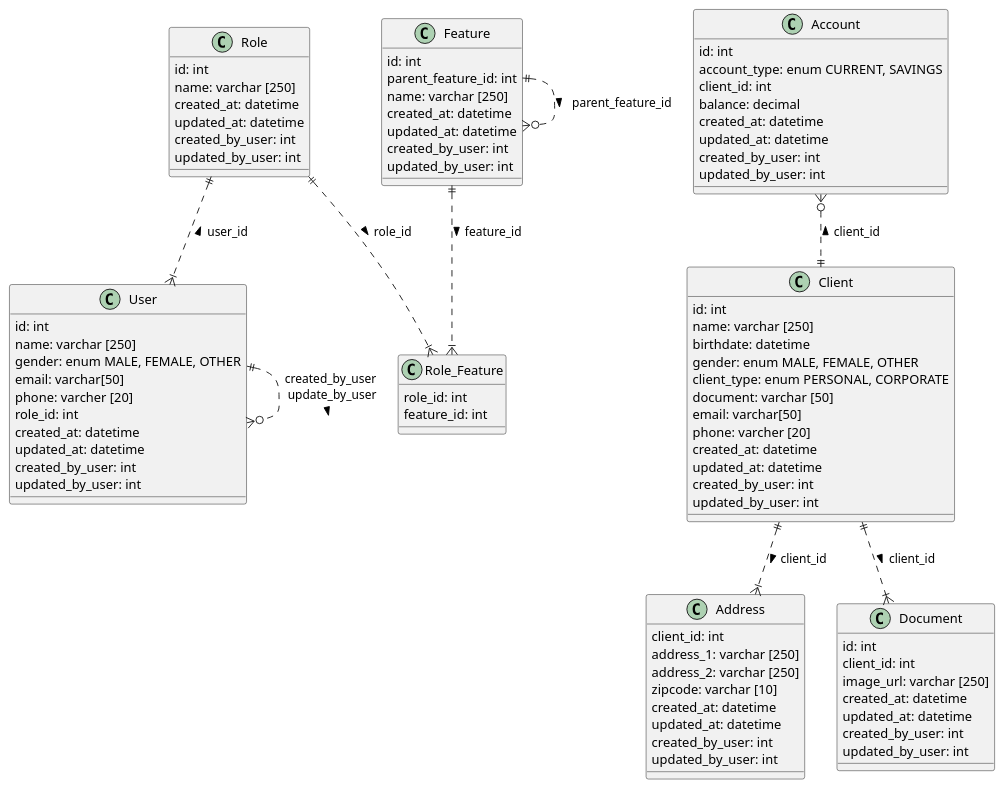
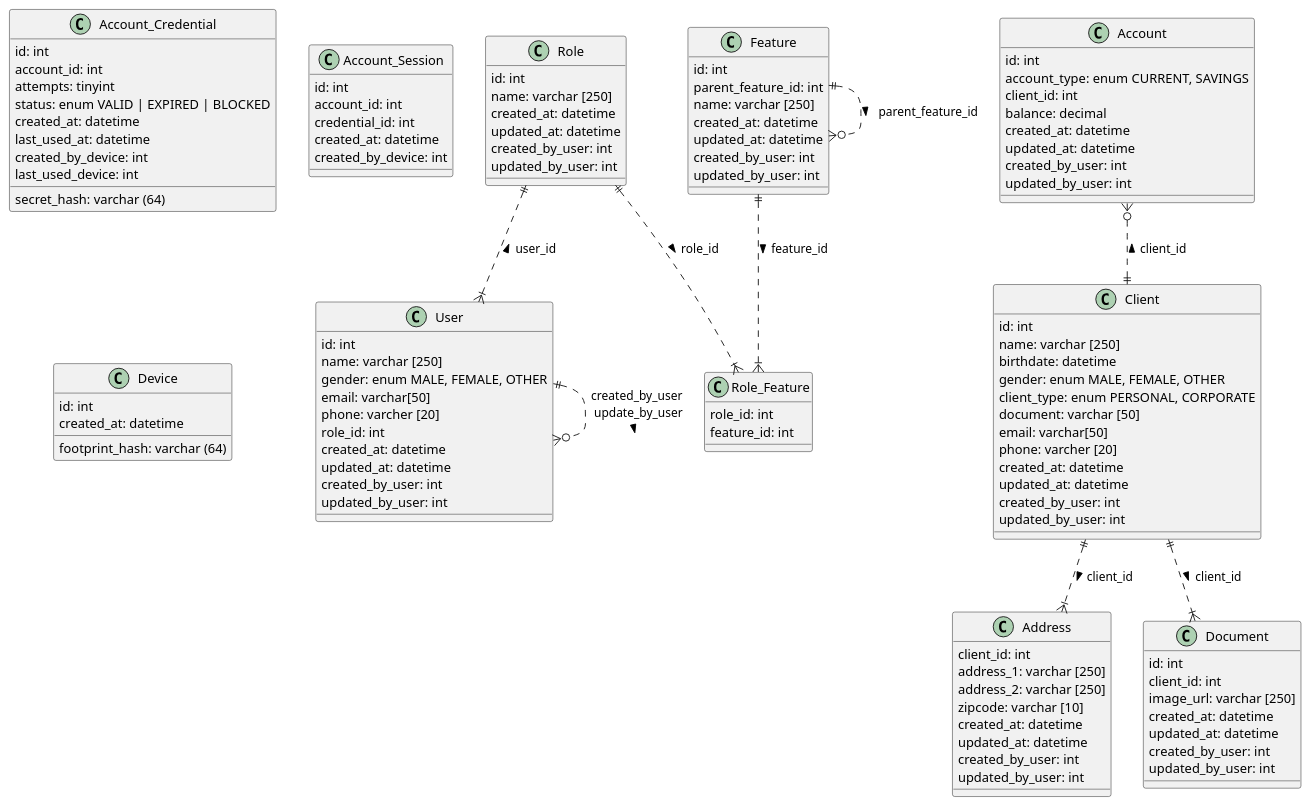
The diagram in Backend/Account-MS/architecture.plantuml (arnaldoportela/digibank), drawn with PlantUML before and after one commit.

Commit message:
feat: Modeling Diagram Cont.

```diff
--- a/Backend/Account-MS/architecture.plantuml
+++ b/Backend/Account-MS/architecture.plantuml
@@ -1,98 +1,124 @@
 @startuml
 
     Class User {
         id: int
         name: varchar [250]
         gender: enum MALE, FEMALE, OTHER
         email: varchar[50]
         phone: varcher [20]
         role_id: int
         created_at: datetime
         updated_at: datetime
         created_by_user: int
         updated_by_user: int
     }
 
     Class Role {
         id: int
         name: varchar [250]
         created_at: datetime
         updated_at: datetime
         created_by_user: int
         updated_by_user: int
     }
 
     Class Feature {
         id: int
         parent_feature_id: int
         name: varchar [250]
         created_at: datetime
         updated_at: datetime
         created_by_user: int
         updated_by_user: int
     }
 
     Class Role_Feature {
         role_id: int
         feature_id: int
     }
     
     Class Client {
         id: int
         name: varchar [250]
         birthdate: datetime
         gender: enum MALE, FEMALE, OTHER
         client_type: enum PERSONAL, CORPORATE
         document: varchar [50]
         email: varchar[50]
         phone: varcher [20]
         created_at: datetime
         updated_at: datetime
         created_by_user: int
         updated_by_user: int
     }
 
     Class Address {
         client_id: int
         address_1: varchar [250]
         address_2: varchar [250]
         zipcode: varchar [10]
         created_at: datetime
         updated_at: datetime
         created_by_user: int
         updated_by_user: int
     }
 
     Class Document {
         id: int
         client_id: int
         image_url: varchar [250]
         created_at: datetime
         updated_at: datetime
         created_by_user: int
         updated_by_user: int
     }
 
     Class Account {
         id: int
         account_type: enum CURRENT, SAVINGS
         client_id: int
         balance: decimal
         created_at: datetime
         updated_at: datetime
         created_by_user: int
         updated_by_user: int
     }
 
+    Class Account_Credential {
+        id: int
+        account_id: int
+        secret_hash: varchar (64)
+        attempts: tinyint
+        status: enum VALID | EXPIRED | BLOCKED        
+        created_at: datetime
+        last_used_at: datetime
+        created_by_device: int
+        last_used_device: int
+    }
+
+    Class Account_Session {
+        id: int
+        account_id: int
+        credential_id: int    
+        created_at: datetime
+        created_by_device: int
+    }
+
+    Class Device {
+        id: int
+        footprint_hash: varchar (64)
+        created_at: datetime
+    }
+
     Role ||..|{ Role_Feature : role_id >
     Feature ||..|{ Role_Feature : feature_id >
     Role ||..|{ User : user_id <
     Feature ||..o{ Feature : parent_feature_id >
 
     User ||..o{ User : created_by_user\n update_by_user\n >
 
     Client ||..|{ Address : client_id >
     Client ||..|{ Document : client_id >
     Account }o..|| Client : client_id <
 
 @enduml
```
